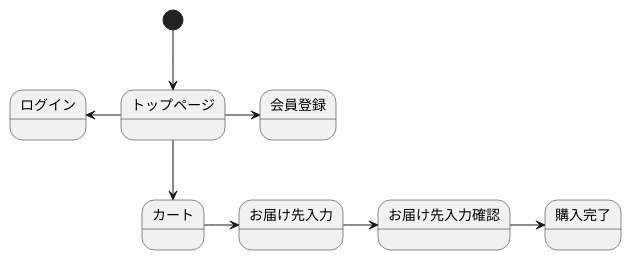
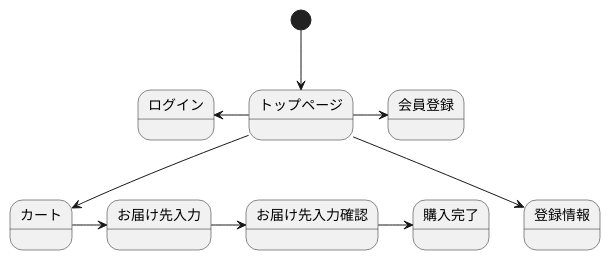
Before and after one commit to aso2001190/sys2021-design: the diagram in stm01.md, drawn with PlantUML.

````diff
--- a/stm01.md
+++ b/stm01.md
@@ -1,11 +1,14 @@
 ```uml
 @startuml
 [*] --> トップページ
 トップページ -> 会員登録
 トップページ -left-> ログイン
 トップページ --> カート
+トップページ --> 登録情報
 カート -> お届け先入力
 お届け先入力 -> お届け先入力確認
 お届け先入力確認 -> 購入完了
+
+
 @enduml
 ```
````
